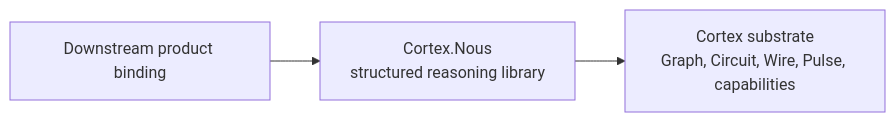
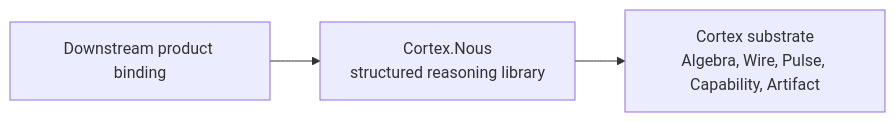
The diagram in docs/Architecture/09-nous-reasoning-library.md (Digimuoto/cortex), drawn with Mermaid before and after one commit. The commit also changed other lines of this file and 14 other files, not shown here.

First line of the commit message:
docs: define Cortex root taxonomy and Nous patterns

````diff
--- a/docs/Architecture/09-nous-reasoning-library.md
+++ b/docs/Architecture/09-nous-reasoning-library.md
@@ -30,5 +37,5 @@
 ```mermaid
 flowchart LR
     Product[Downstream product binding] --> Nous[Cortex.Nous<br/>structured reasoning library]
-    Nous --> Runtime[Cortex substrate<br/>Graph, Circuit, Wire, Pulse, capabilities]
+    Nous --> Runtime[Cortex substrate<br/>Algebra, Wire, Pulse, Capability, Artifact]
 ```
````
